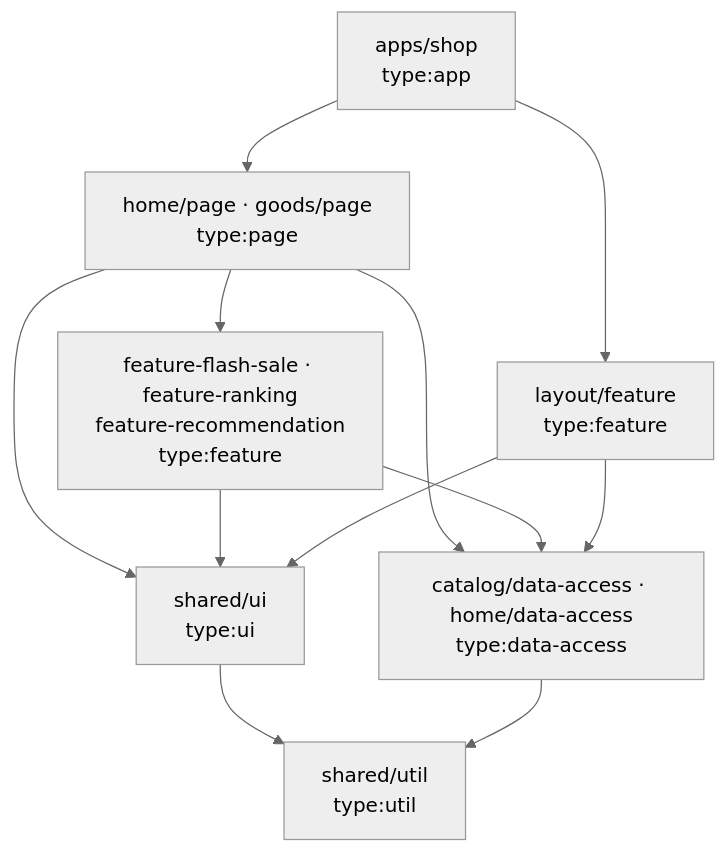
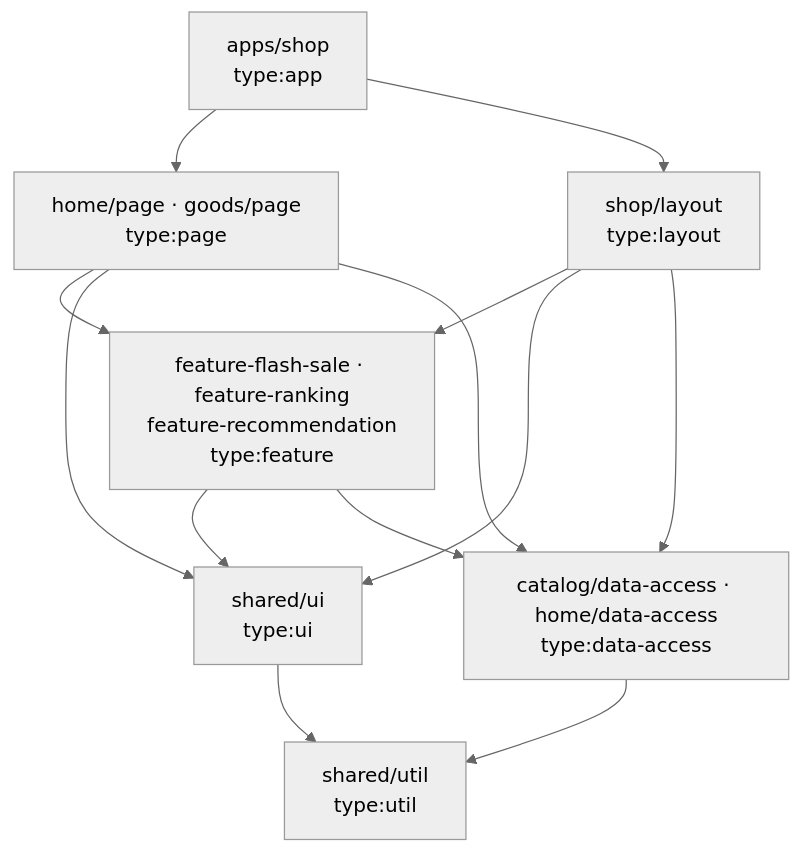
One commit to zach0627/momo-shop-work changed the diagram in docs/MoMO面試/Phase 1 —  Design and Planning.md. Above: the diagram before and after it, drawn with Mermaid (neutral theme). The commit also changed other lines of this file and 4 other files, not shown here.

````diff
--- a/docs/MoMO面試/Phase 1 —  Design and Planning.md
+++ b/docs/MoMO面試/Phase 1 —  Design and Planning.md
@@ -131,14 +133,15 @@
 ```mermaid
 graph TD
   APP[apps/shop<br/>type:app] --> PAGE[home/page · goods/page<br/>type:page]
-  APP --> LAYOUT[layout/feature<br/>type:feature]
+  APP --> LAYOUT[shop/layout<br/>type:layout]
   PAGE --> FEAT[feature-flash-sale · feature-ranking<br/>feature-recommendation<br/>type:feature]
   PAGE --> UI
   PAGE --> DA
   FEAT --> UI[shared/ui<br/>type:ui]
   FEAT --> DA[catalog/data-access · home/data-access<br/>type:data-access]
+  LAYOUT --> FEAT
   LAYOUT --> UI
   LAYOUT --> DA
   UI --> UTIL[shared/util<br/>type:util]
   DA --> UTIL
 ```
````
